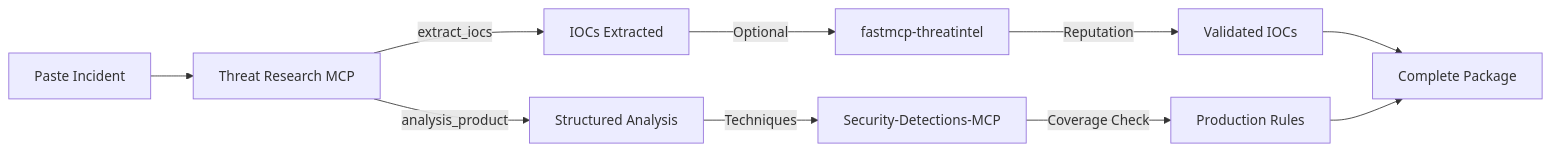
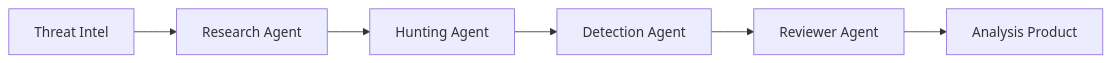
The diagram in README.md (harshthakur6293/threat-research-mcp), drawn with Mermaid before and after one commit. The commit also changed other lines of this file and 42 other files, not shown here.

````diff
--- a/README.md
+++ b/README.md
@@ -21,15 +107,8 @@
 ```mermaid
 graph LR
-  User[Paste Incident] --> ThreatResearch[Threat Research MCP]
-  ThreatResearch -->|extract_iocs| IOCs[IOCs Extracted]
-  ThreatResearch -->|analysis_product| Analysis[Structured Analysis]
-  
-  IOCs -->|Optional| FastMCP[fastmcp-threatintel]
-  FastMCP -->|Reputation| Validated[Validated IOCs]
-  
-  Analysis -->|Techniques| SecurityDet[Security-Detections-MCP]
-  SecurityDet -->|Coverage Check| Production[Production Rules]
-  
-  Validated --> Output[Complete Package]
-  Production --> Output
+    Intel[Threat Intel] --> Research[Research Agent]
+    Research --> Hunting[Hunting Agent]
+    Hunting --> Detection[Detection Agent]
+    Detection --> Reviewer[Reviewer Agent]
+    Reviewer --> Output[Analysis Product]
 ```
````
